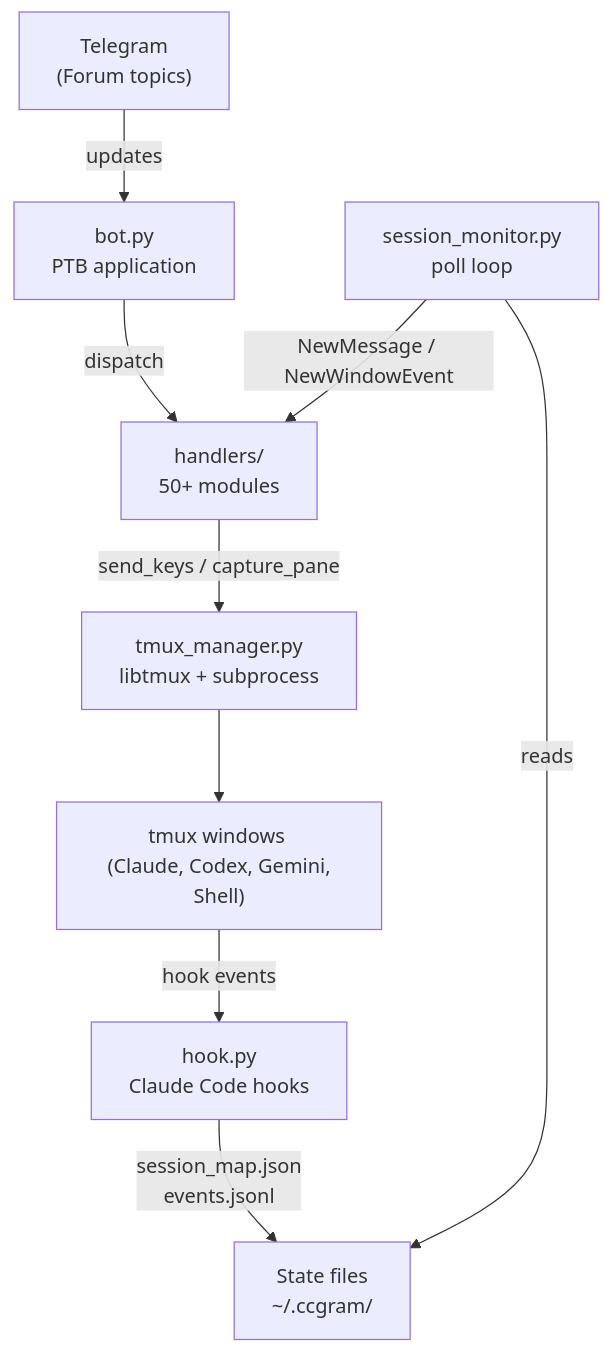
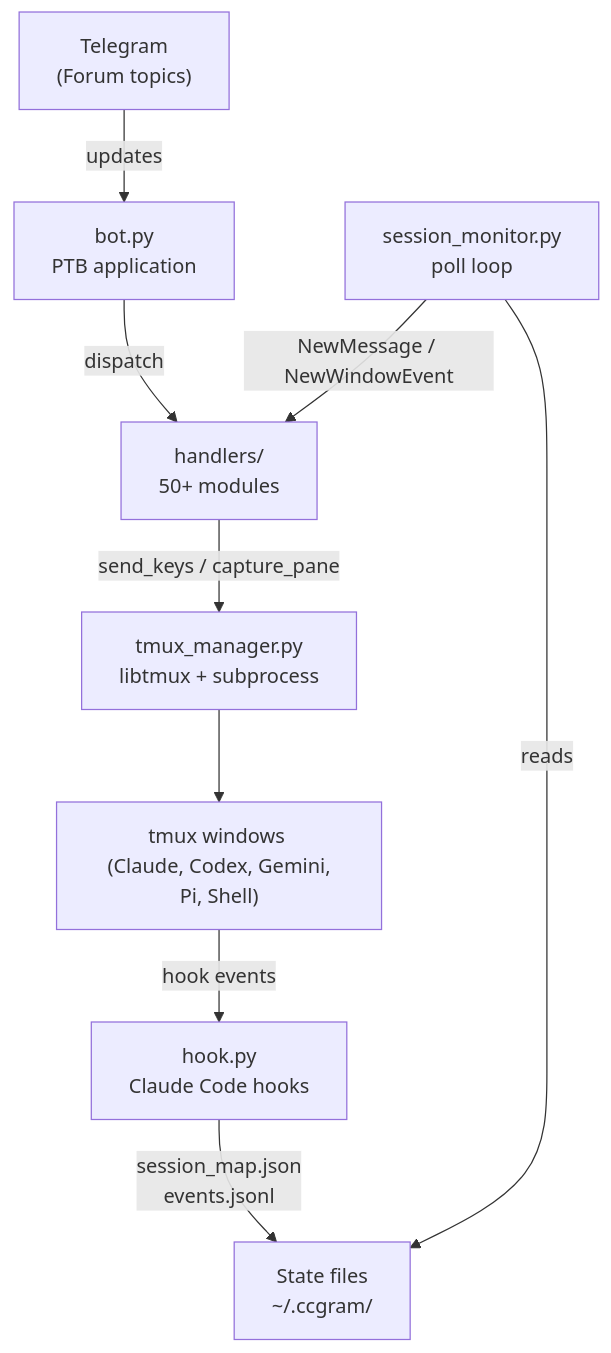
One commit to alexei-led/ccbot changed the first of 10 diagrams in docs/architecture.md. Above: the diagram before and after it, drawn with Mermaid. The commit also changed other lines of this file and 7 other files, not shown here.

First line of the commit message:
docs: document pi provider across user + architecture docs

````diff
--- a/docs/architecture.md
+++ b/docs/architecture.md
@@ -9,20 +9,20 @@
 ```mermaid
 graph TB
     Telegram["Telegram<br>(Forum topics)"]
     Bot["bot.py<br>PTB application"]
     Handlers["handlers/<br>50+ modules"]
     TmuxMgr["tmux_manager.py <br> libtmux + subprocess"]
-    Windows["tmux windows <br> (Claude, Codex, Gemini, Shell)"]
+    Windows["tmux windows <br> (Claude, Codex, Gemini, Pi, Shell)"]
     Hook["hook.py<br>Claude Code hooks"]
     Monitor["session_monitor.py<br>poll loop"]
     State["State files<br>~/.ccgram/"]
 
     Telegram -- "updates" --> Bot
     Bot -- "dispatch" --> Handlers
     Handlers -- "send_keys / capture_pane" --> TmuxMgr
     TmuxMgr --> Windows
     Windows -- "hook events" --> Hook
     Hook -- "session_map.json<br>events.jsonl" --> State
     Monitor -- "reads" --> State
     Monitor -- "NewMessage / NewWindowEvent" --> Handlers
 ```
````
